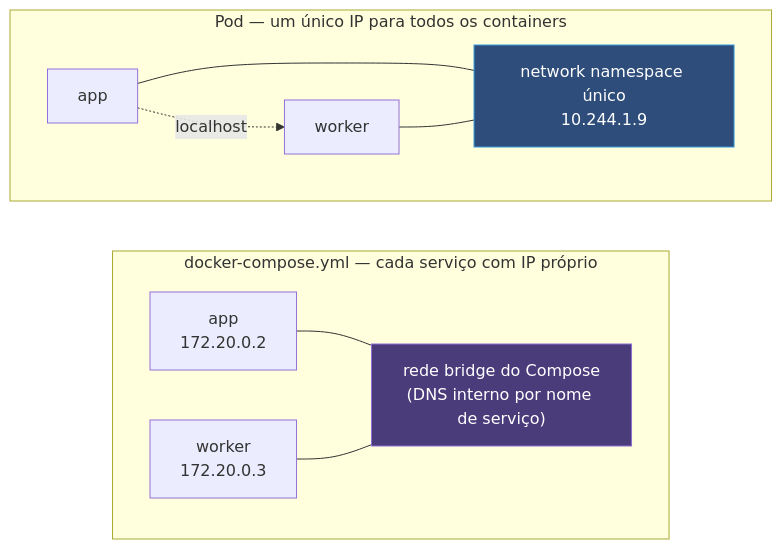
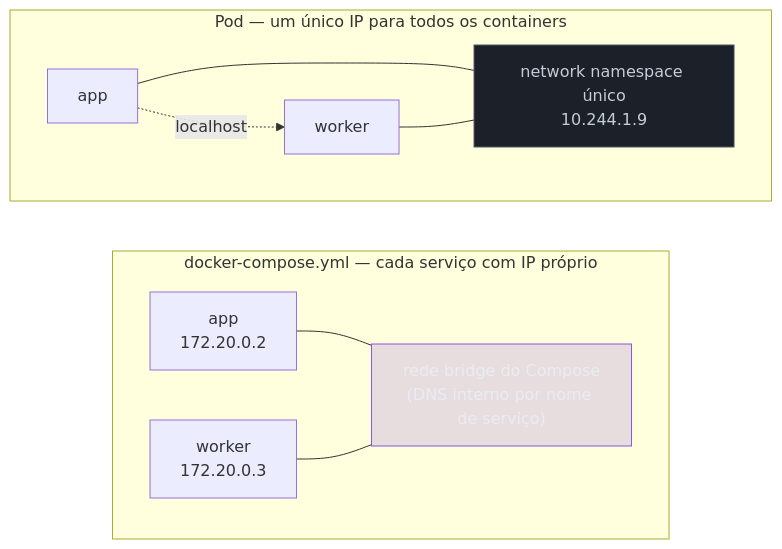
One commit to josenaldo/codex-technomanticus changed the fourth of 4 diagrams in 03-Dominios/Tecnologia/Infraestrutura/Kubernetes/03 - O Pod, a unidade que não é o container.md. Above: the diagram before and after it, drawn with Mermaid. The commit also changed other lines of this file and 1181 other files, not shown here.

First line of the commit message:
fix(diagramas): paleta do sistema no lugar de cor cravada no markdown

````diff
--- a/03-Dominios/Tecnologia/Infraestrutura/Kubernetes/03 - O Pod, a unidade que não é o container.md
+++ b/03-Dominios/Tecnologia/Infraestrutura/Kubernetes/03 - O Pod, a unidade que não é o container.md
@@ -253,24 +255,26 @@
 ```mermaid
 graph LR
+    classDef marca fill:#8855DF33,stroke:#8855DF,color:#E9ECF2
+    classDef neutro fill:#1B2029,stroke:#4E5666,color:#C6CCD8
     subgraph COMPOSE["docker-compose.yml — cada serviço com IP próprio"]
         direction LR
         CS1["app<br/>172.20.0.2"]
         CS2["worker<br/>172.20.0.3"]
         CBR["rede bridge do Compose<br/>(DNS interno por nome de serviço)"]
         CS1 --- CBR
         CS2 --- CBR
     end
 
     subgraph POD2["Pod — um único IP para todos os containers"]
         direction LR
         PC1["app"]
         PC2["worker"]
         PNS["network namespace único<br/>10.244.1.9"]
         PC1 -.->|"localhost"| PC2
         PC1 --- PNS
         PC2 --- PNS
     end
 
-    style CBR fill:#4a3b7a,stroke:#8e6fd6,color:#fff
-    style PNS fill:#2e4d7a,stroke:#3498db,color:#fff
+    class CBR marca
+    class PNS neutro
 ```
````
